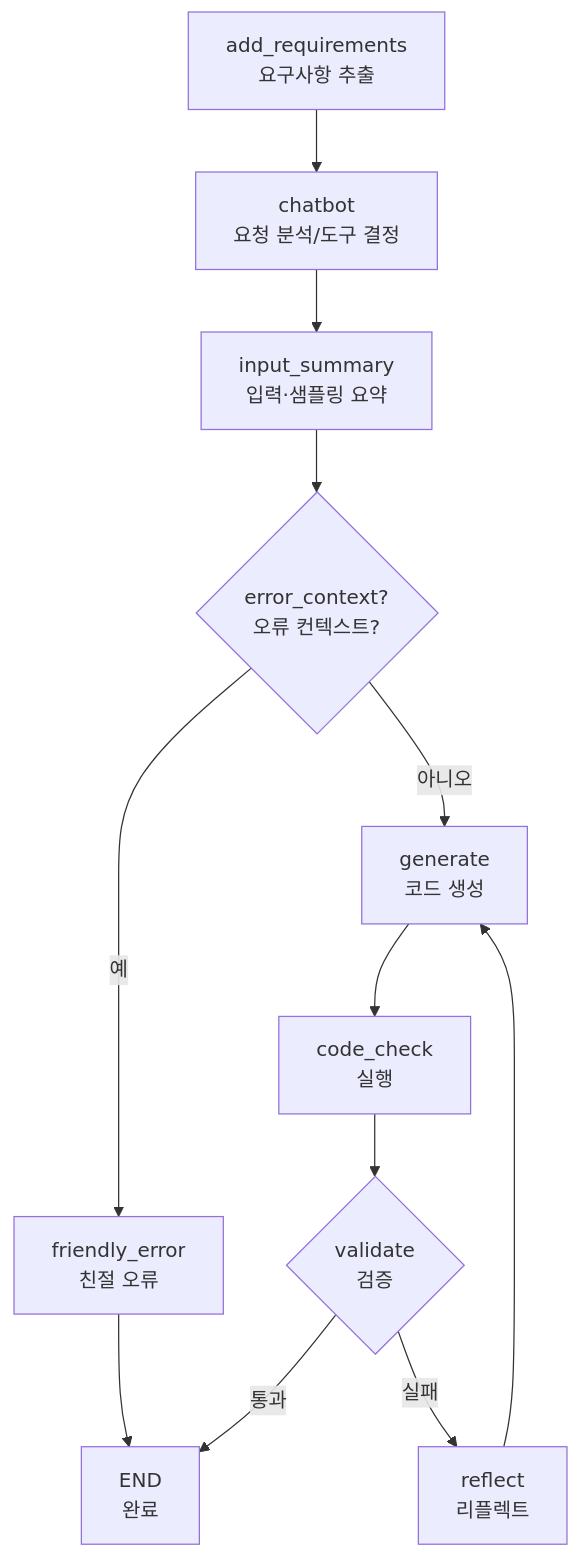
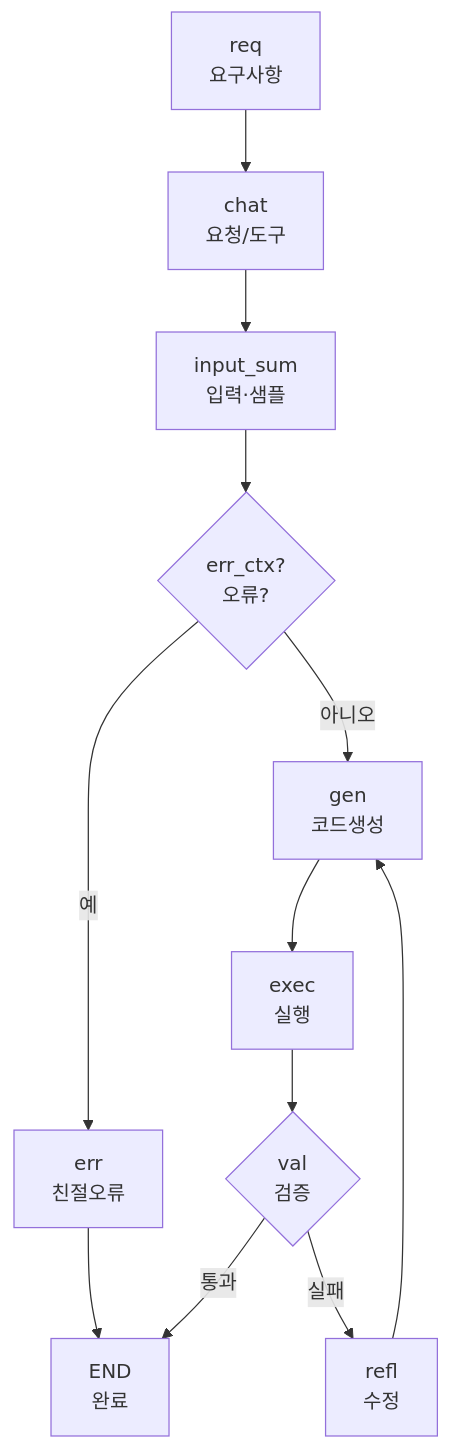
Before and after one commit to sonsukwoo/Data_preprocessing_auto: the second of 3 diagrams in README.md, drawn with Mermaid.

Commit message:
read me 랭그래프 수정

````diff
--- a/README.md
+++ b/README.md
@@ -114,12 +114,12 @@
 ```mermaid
 flowchart TD
-  A[add_requirements<br/>요구사항 추출] --> B[chatbot<br/>요청 분석/도구 결정]
-  B --> C[input_summary<br/>입력·샘플링 요약]
-  C --> D{error_context?<br/>오류 컨텍스트?}
-  D -->|예| X[friendly_error<br/>친절 오류] --> H[END<br/>완료]
-  D -->|아니오| E[generate<br/>코드 생성]
-  E --> F[code_check<br/>실행]
-  F --> G{validate<br/>검증}
+  A[req<br/>요구사항] --> B[chat<br/>요청/도구]
+  B --> C[input_sum<br/>입력·샘플]
+  C --> D{err_ctx?<br/>오류?}
+  D -->|예| X[err<br/>친절오류] --> H[END<br/>완료]
+  D -->|아니오| E[gen<br/>코드생성]
+  E --> F[exec<br/>실행]
+  F --> G{val<br/>검증}
   G -->|통과| H
-  G -->|실패| R[reflect<br/>리플렉트] --> E
+  G -->|실패| R[refl<br/>수정] --> E
 ```
````
